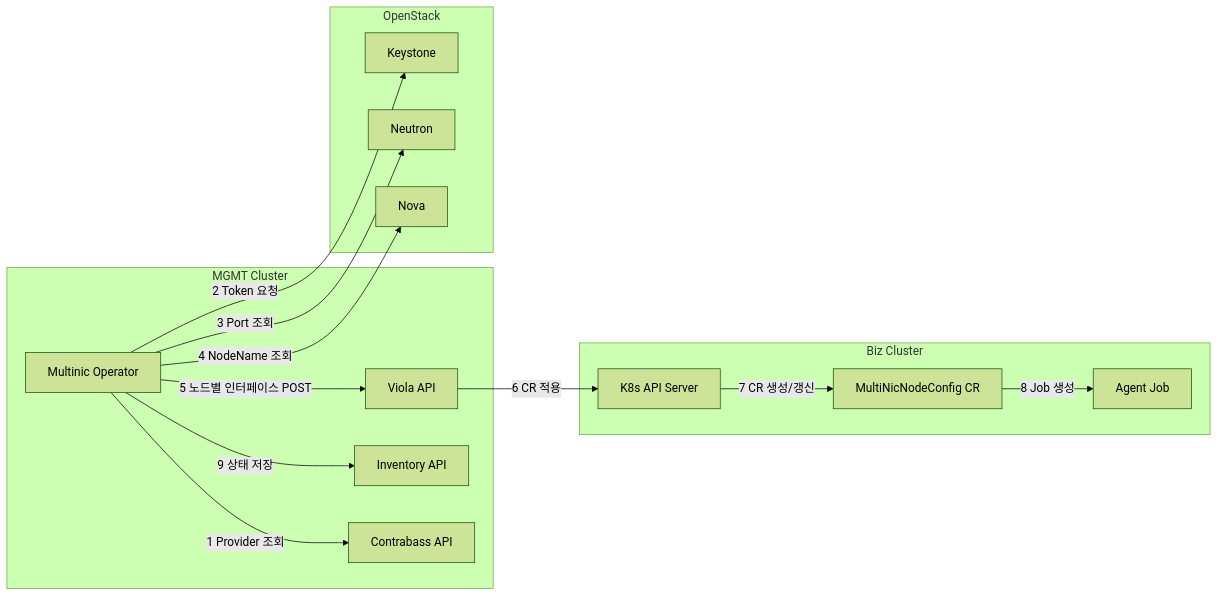
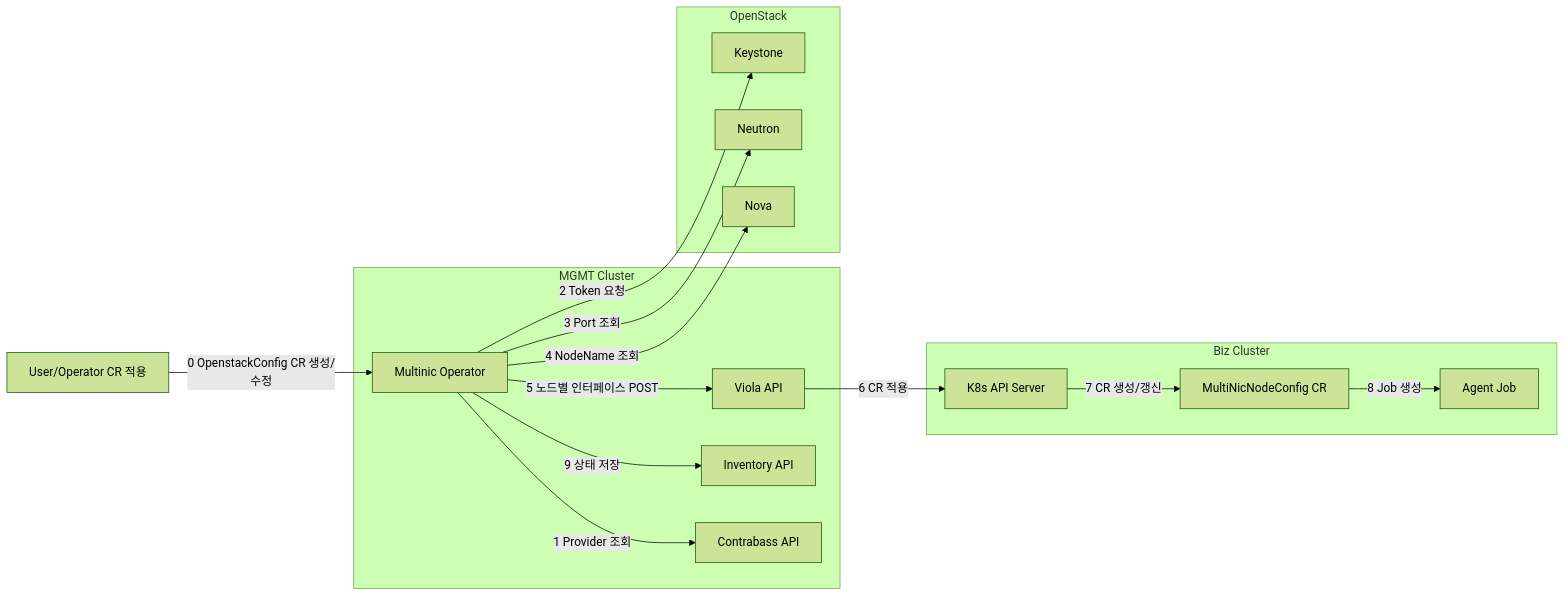
The third of 3 diagrams in FLOW.md (Minzino/multi-network-interface-operator), drawn with Mermaid (forest theme) before and after one commit. The commit also changed other lines of this file, not shown here.

Commit message:
Add user to architecture and expand step details

````diff
--- a/FLOW.md
+++ b/FLOW.md
@@ -55,31 +55,34 @@
 ```mermaid
 graph LR
+  U[User/Operator CR 적용]
+
   subgraph MGMT["MGMT Cluster"]
     OP[Multinic Operator]
     VA[Viola API]
     INV[Inventory API]
     CB[Contrabass API]
   end
 
   subgraph OS["OpenStack"]
     KS[Keystone]
     NE[Neutron]
     NO[Nova]
   end
 
   subgraph BIZ["Biz Cluster"]
     KAPI[K8s API Server]
     CR[MultiNicNodeConfig CR]
     AG[Agent Job]
   end
 
+  U -->|0 OpenstackConfig CR 생성/수정| OP
   OP -->|1 Provider 조회| CB
   OP -->|2 Token 요청| KS
   OP -->|3 Port 조회| NE
   OP -->|4 NodeName 조회| NO
   OP -->|5 노드별 인터페이스 POST| VA
   VA -->|6 CR 적용| KAPI
   KAPI -->|7 CR 생성/갱신| CR
   CR -->|8 Job 생성| AG
   OP -->|9 상태 저장| INV
 ```
````
